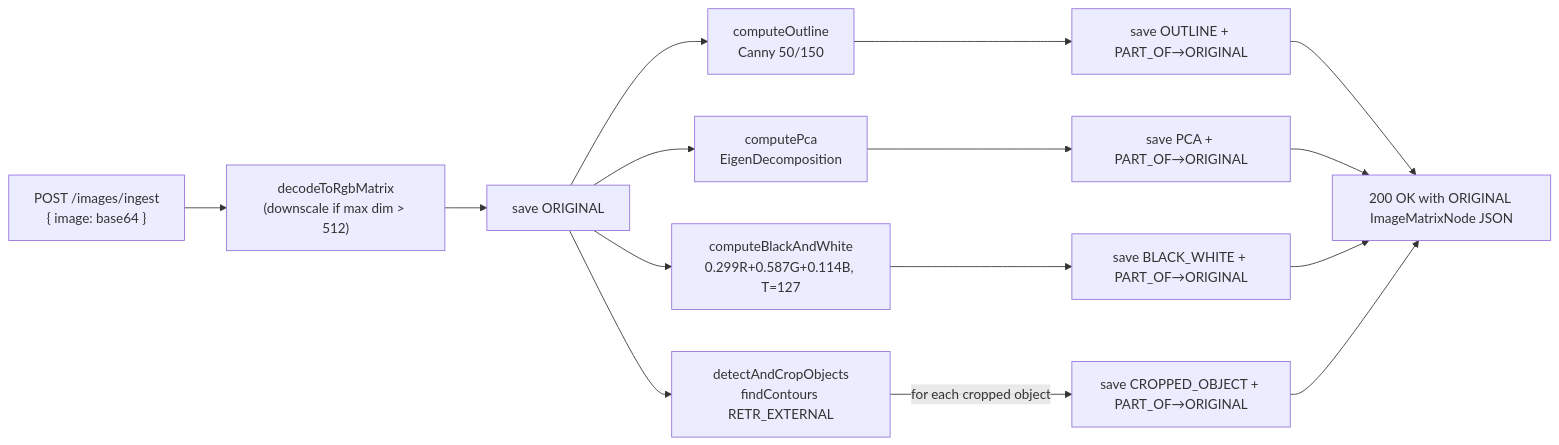
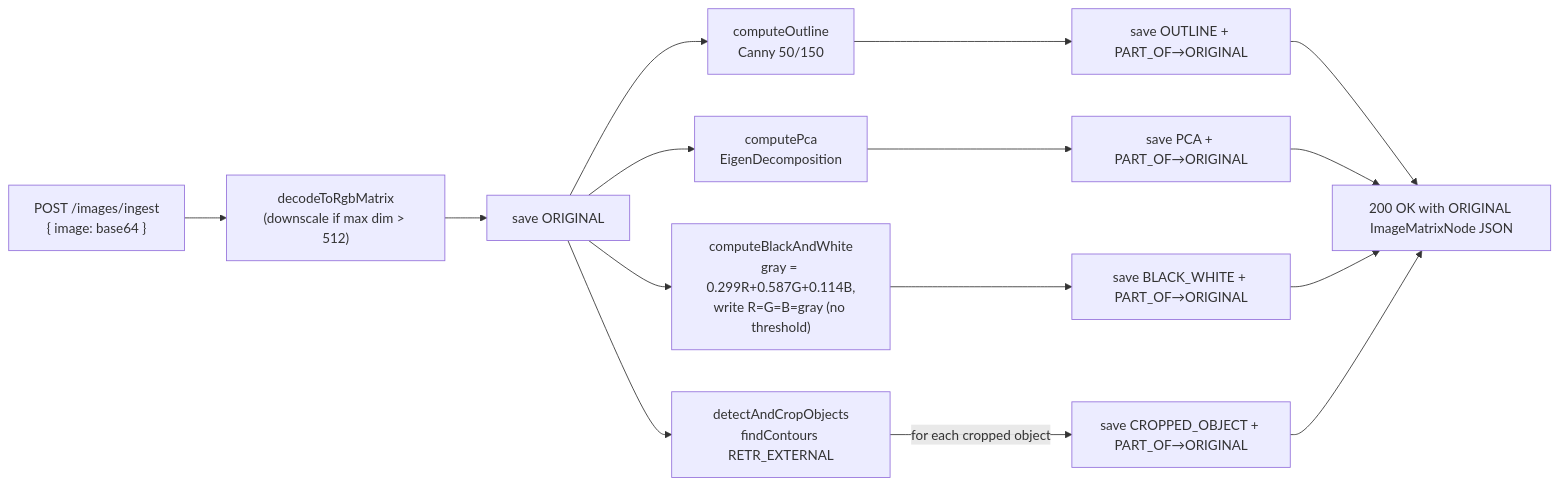
One commit to brandonkindred/Deepthought changed the eighth of 15 diagrams in docs/ARCHITECTURE.md. Above: the diagram before and after it, drawn with Mermaid. The commit also changed other lines of this file and 1 other file, not shown here.

First line of the commit message:
docs: correct BLACK_WHITE behavior and Neo4j config wiring

````diff
--- a/docs/ARCHITECTURE.md
+++ b/docs/ARCHITECTURE.md
@@ -378,14 +379,14 @@
 ```mermaid
 flowchart LR
     Req["POST /images/ingest<br/>{ image: base64 }"] --> Decode["decodeToRgbMatrix<br/>(downscale if max dim > 512)"]
     Decode --> Orig["save ORIGINAL"]
     Orig --> Out1["computeOutline<br/>Canny 50/150"]
     Orig --> Out2["computePca<br/>EigenDecomposition"]
-    Orig --> Out3["computeBlackAndWhite<br/>0.299R+0.587G+0.114B, T=127"]
+    Orig --> Out3["computeBlackAndWhite<br/>gray = 0.299R+0.587G+0.114B,<br/>write R=G=B=gray (no threshold)"]
     Orig --> Out4["detectAndCropObjects<br/>findContours RETR_EXTERNAL"]
     Out1 --> Edge1["save OUTLINE + PART_OF→ORIGINAL"]
     Out2 --> Edge2["save PCA + PART_OF→ORIGINAL"]
     Out3 --> Edge3["save BLACK_WHITE + PART_OF→ORIGINAL"]
     Out4 -- "for each cropped object" --> Edge4["save CROPPED_OBJECT + PART_OF→ORIGINAL"]
     Edge1 & Edge2 & Edge3 & Edge4 --> Resp["200 OK with ORIGINAL ImageMatrixNode JSON"]
 ```
````
